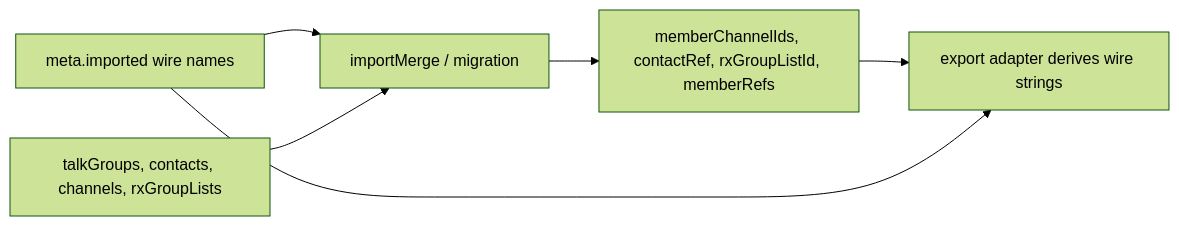
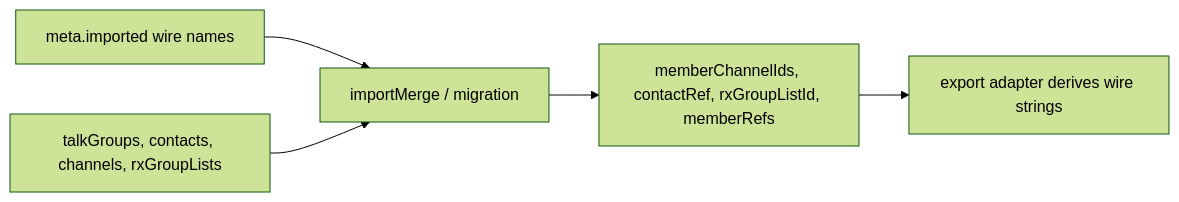
Before and after one commit to pskillen/codeplug-tool: the second of 2 diagrams in docs/features/data-model/README.md, drawn with Mermaid (forest theme). The commit also changed other lines of this file and 3 other files, not shown here.

````diff
--- a/docs/features/data-model/README.md
+++ b/docs/features/data-model/README.md
@@ -169,8 +169,7 @@
 ```mermaid
 flowchart LR
   Prov["meta.imported wire names"] --> Resolve["importMerge / migration"]
   Entities["talkGroups, contacts, channels, rxGroupLists"] --> Resolve
   Resolve --> Ids["memberChannelIds, contactRef, rxGroupListId, memberRefs"]
   Ids --> Export["export adapter derives wire strings"]
-  Prov --> Export
 ```
````
